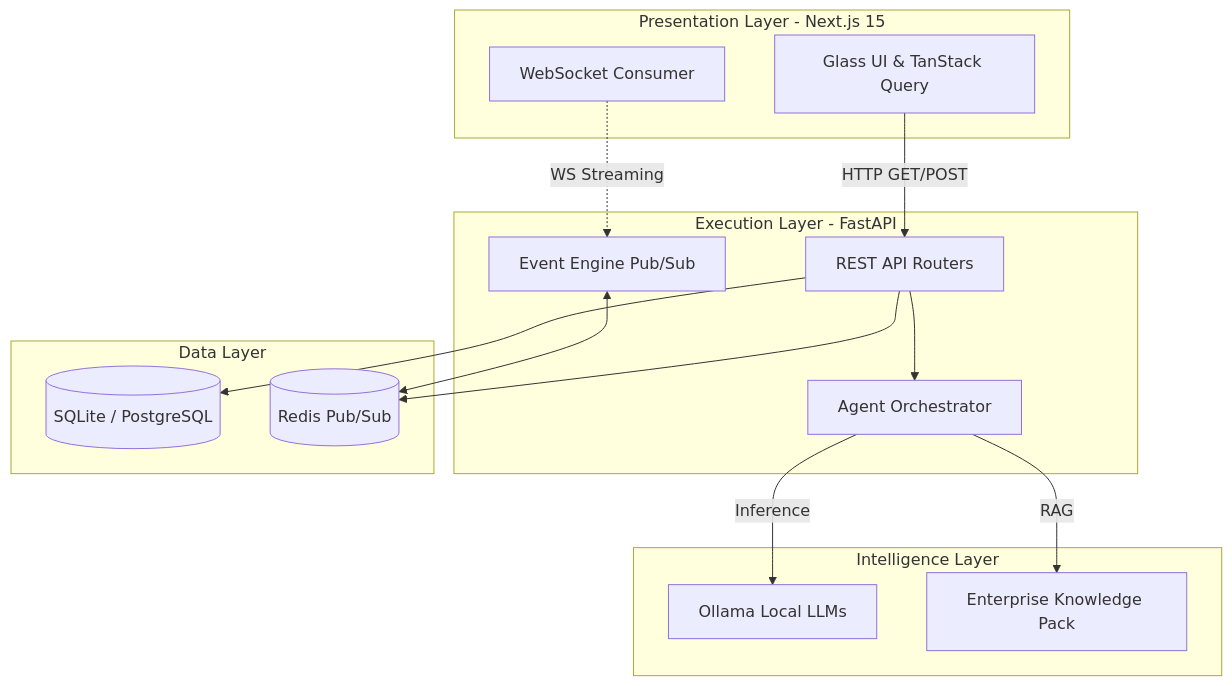
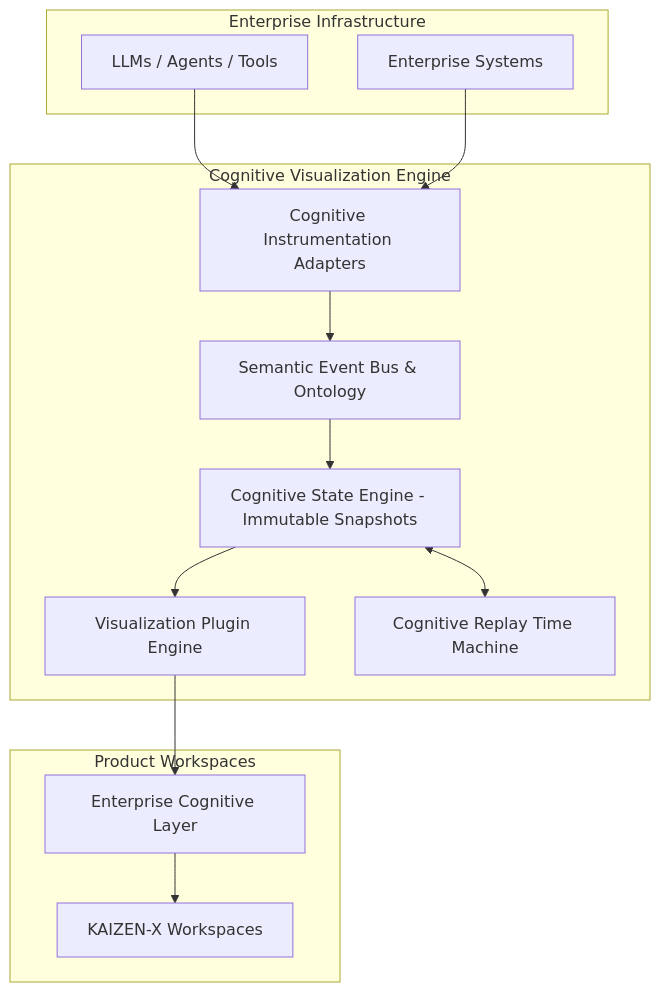
Before and after one commit to Daksh-Aneja-Projects/KAIZEN-X: the diagram in README.md, drawn with Mermaid. The commit also changed other lines of this file and 11 other files, not shown here.

Commit message:
feat(cve): introduce V4.0 cognitive visualization engine foundation

````diff
--- a/README.md
+++ b/README.md
@@ -51,34 +49,29 @@
 ```mermaid
 graph TD
-    subgraph Frontend [Presentation Layer - Next.js 15]
-        UI[Glass UI & TanStack Query]
-        WS_Client[WebSocket Consumer]
+    subgraph Enterprise Infrastructure
+        LLM[LLMs / Agents / Tools]
+        SYS[Enterprise Systems]
     end
 
-    subgraph Backend [Execution Layer - FastAPI]
-        API[REST API Routers]
-        WS_Server[Event Engine Pub/Sub]
-        Swarm[Agent Orchestrator]
+    subgraph Cognitive Visualization Engine
+        CIL[Cognitive Instrumentation Adapters]
+        SEB[Semantic Event Bus & Ontology]
+        CSE[Cognitive State Engine - Immutable Snapshots]
+        VPE[Visualization Plugin Engine]
+        CRE[Cognitive Replay Time Machine]
     end
 
-    subgraph Intelligence [Intelligence Layer]
-        Ollama[Ollama Local LLMs]
-        Knowledge[Enterprise Knowledge Pack]
+    subgraph Product Workspaces
+        ECL[Enterprise Cognitive Layer]
+        KZN[KAIZEN-X Workspaces]
     end
 
-    subgraph Data [Data Layer]
-        DB[(SQLite / PostgreSQL)]
-        Redis[(Redis Pub/Sub)]
-    end
-
-    UI -->|HTTP GET/POST| API
-    WS_Client -.->|WS Streaming| WS_Server
-    
-    API --> Swarm
-    Swarm -->|Inference| Ollama
-    Swarm -->|RAG| Knowledge
-    
-    API --> DB
-    WS_Server <--> Redis
-    API --> Redis
+    LLM --> CIL
+    SYS --> CIL
+    CIL --> SEB
+    SEB --> CSE
+    CSE <--> CRE
+    CSE --> VPE
+    VPE --> ECL
+    ECL --> KZN
 ```
````
